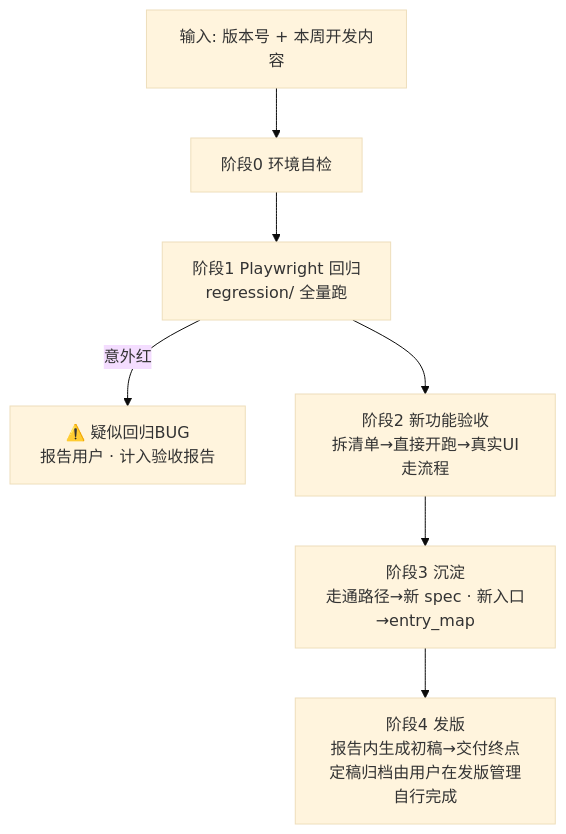
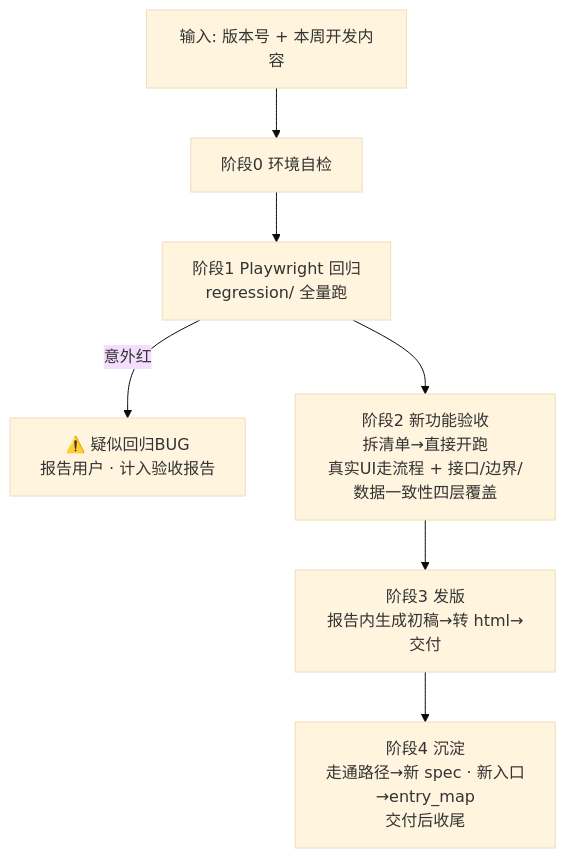
The diagram in skills/SKILL.md (ddddd-xy126/51PM-yanshou-ceshi-faban), drawn with Mermaid (base theme) before and after one commit. The commit also changed other lines of this file and 112 other files, not shown here.

````diff
--- a/skills/SKILL.md
+++ b/skills/SKILL.md
@@ -15,9 +15,9 @@
 ```mermaid
 graph TD
     A[输入: 版本号 + 本周开发内容] --> B[阶段0 环境自检]
     B --> C[阶段1 Playwright 回归<br>regression/ 全量跑]
     C -->|意外红| C1[⚠️ 疑似回归BUG<br>报告用户 · 计入验收报告]
-    C --> D[阶段2 新功能验收<br>拆清单→直接开跑→真实UI走流程]
-    D --> E[阶段3 沉淀<br>走通路径→新 spec · 新入口→entry_map]
-    E --> F[阶段4 发版<br>报告内生成初稿→交付终点<br>定稿归档由用户在发版管理自行完成]
+    C --> D[阶段2 新功能验收<br>拆清单→直接开跑<br>真实UI走流程 + 接口/边界/数据一致性四层覆盖]
+    D --> E[阶段3 发版<br>报告内生成初稿→转 html→交付]
+    E --> F[阶段4 沉淀<br>走通路径→新 spec · 新入口→entry_map<br>交付后收尾]
 ```
````
